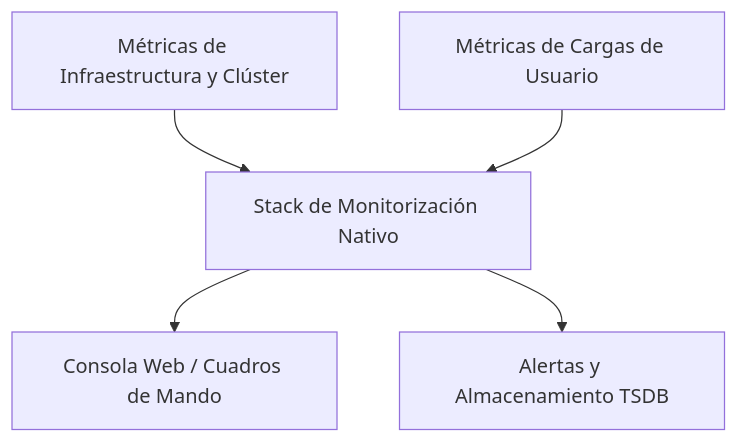
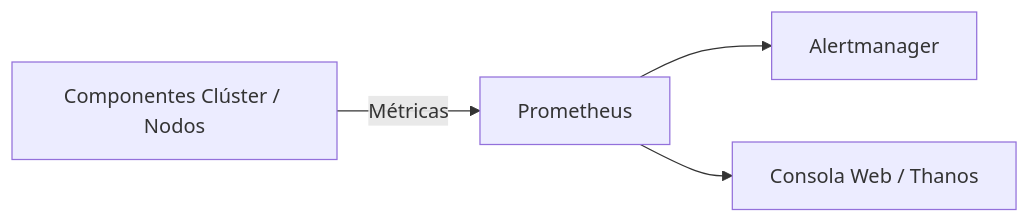
Before and after one commit to ieftraining/curso-openshift: the first of 3 diagrams in docs/sesion3/3.1 Metricas y cuadros de mando.md, drawn with Mermaid. The commit also changed other lines of this file, not shown here.

````diff
--- a/docs/sesion3/3.1 Metricas y cuadros de mando.md
+++ b/docs/sesion3/3.1 Metricas y cuadros de mando.md
@@ -18,7 +25,6 @@
 ```mermaid
-flowchart TD
-    A[Métricas de Infraestructura y Clúster] --> C[Stack de Monitorización Nativo]
-    B[Métricas de Cargas de Usuario] --> C
-    C --> D[Consola Web / Cuadros de Mando]
-    C --> E[Alertas y Almacenamiento TSDB]
+flowchart LR
+    A[Componentes Clúster / Nodos] -->|Métricas| B[Prometheus]
+    B --> C[Alertmanager]
+    B --> D[Consola Web / Thanos]
 ```
````
